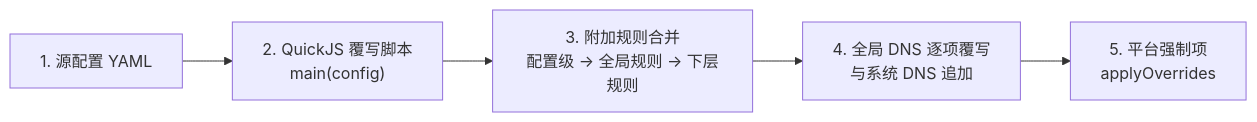
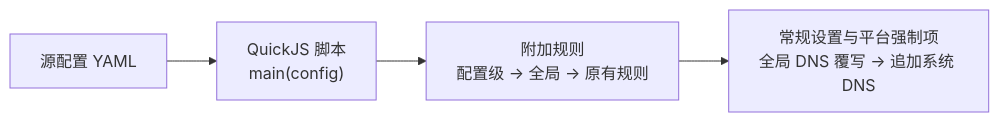
Before and after one commit to VOD-Studio/ArkClash: the diagram in website/src/content/docs/advanced/overrides.mdx, drawn with Mermaid. The commit also changed other lines of this file and 13 other files, not shown here.

````diff
--- a/website/src/content/docs/advanced/overrides.mdx
+++ b/website/src/content/docs/advanced/overrides.mdx
@@ -14,7 +14,6 @@
 ```mermaid
 flowchart LR
-  src["1. 源配置 YAML"] --> js["2. QuickJS 覆写脚本<br/>main(config)"]
-  js --> rules["3. 附加规则合并<br/>配置级 → 全局规则 → 下层规则"]
-  rules --> dns["4. 全局 DNS 逐项覆写<br/>与系统 DNS 追加"]
-  dns --> platform["5. 平台强制项<br/>applyOverrides"]
+  src["源配置 YAML"] --> js["QuickJS 脚本<br/>main(config)"]
+  js --> rules["附加规则<br/>配置级 → 全局 → 原有规则"]
+  rules --> settings["常规设置与平台强制项<br/>全局 DNS 覆写 → 追加系统 DNS"]
 ```
````
